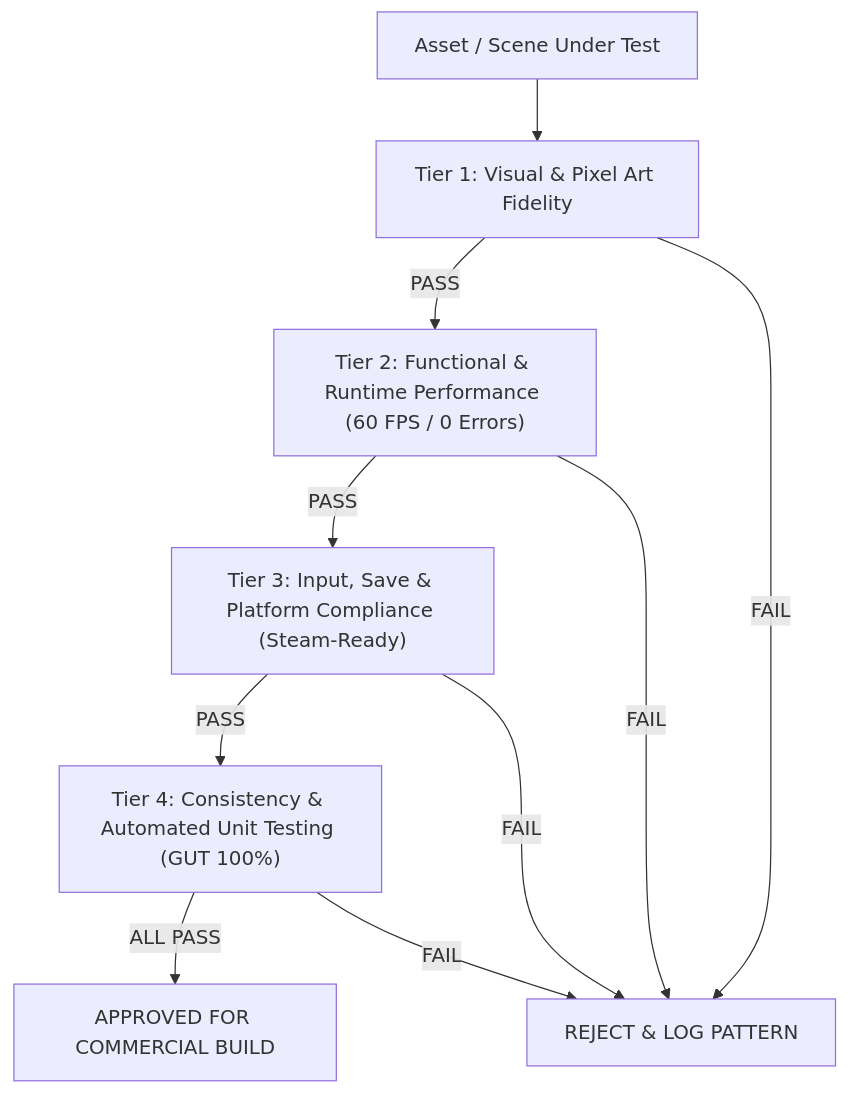
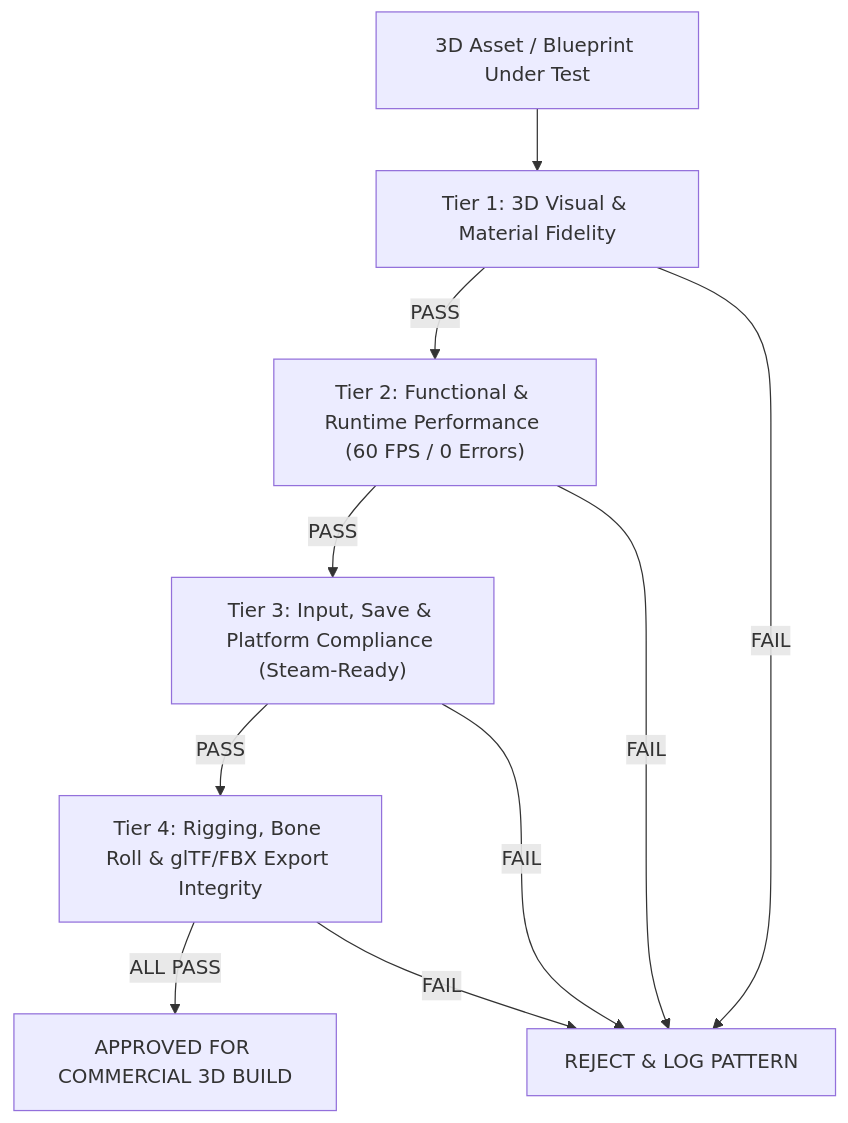
The diagram in .agents/skills/qc_check/SKILL.md (adityaairlangga12/lentera-pudar-legacy-pre-r7), drawn with Mermaid before and after one commit. The commit also changed other lines of this file and 5 other files, not shown here.

````diff
--- a/.agents/skills/qc_check/SKILL.md
+++ b/.agents/skills/qc_check/SKILL.md
@@ -14,12 +14,12 @@
 ```mermaid
 flowchart TD
-    A["Asset / Scene Under Test"] --> B["Tier 1: Visual & Pixel Art Fidelity"]
+    A["3D Asset / Blueprint Under Test"] --> B["Tier 1: 3D Visual & Material Fidelity"]
     B -->|PASS| C["Tier 2: Functional & Runtime Performance (60 FPS / 0 Errors)"]
     C -->|PASS| D["Tier 3: Input, Save & Platform Compliance (Steam-Ready)"]
-    D -->|PASS| E["Tier 4: Consistency & Automated Unit Testing (GUT 100%)"]
-    E -->|ALL PASS| F["APPROVED FOR COMMERCIAL BUILD"]
+    D -->|PASS| E["Tier 4: Rigging, Bone Roll & glTF/FBX Export Integrity"]
+    E -->|ALL PASS| F["APPROVED FOR COMMERCIAL 3D BUILD"]
     B -->|FAIL| R["REJECT & LOG PATTERN"]
     C -->|FAIL| R
     D -->|FAIL| R
     E -->|FAIL| R
 ```
````
